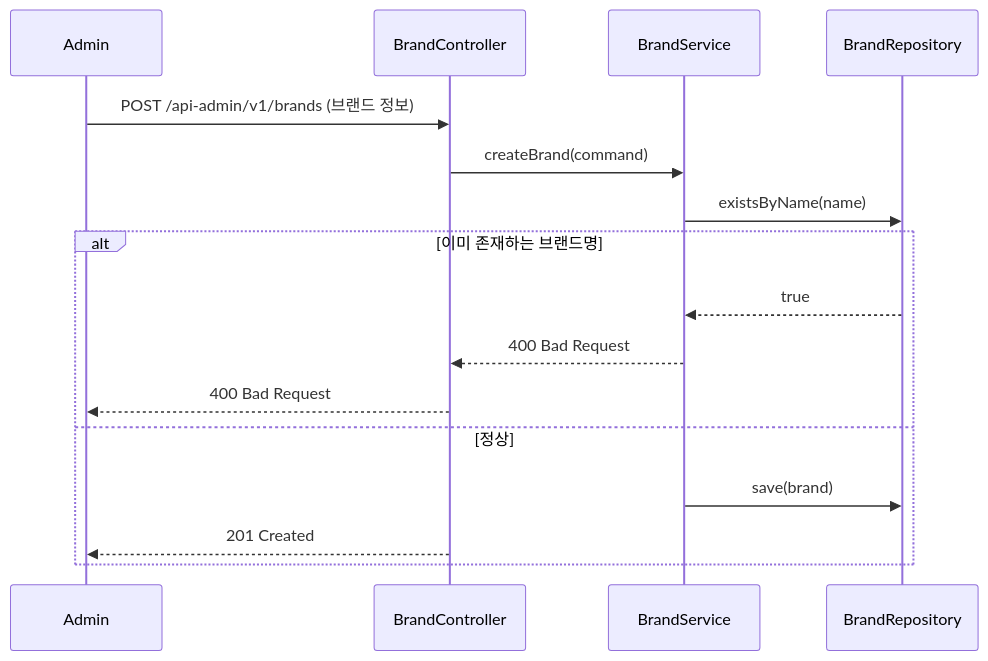
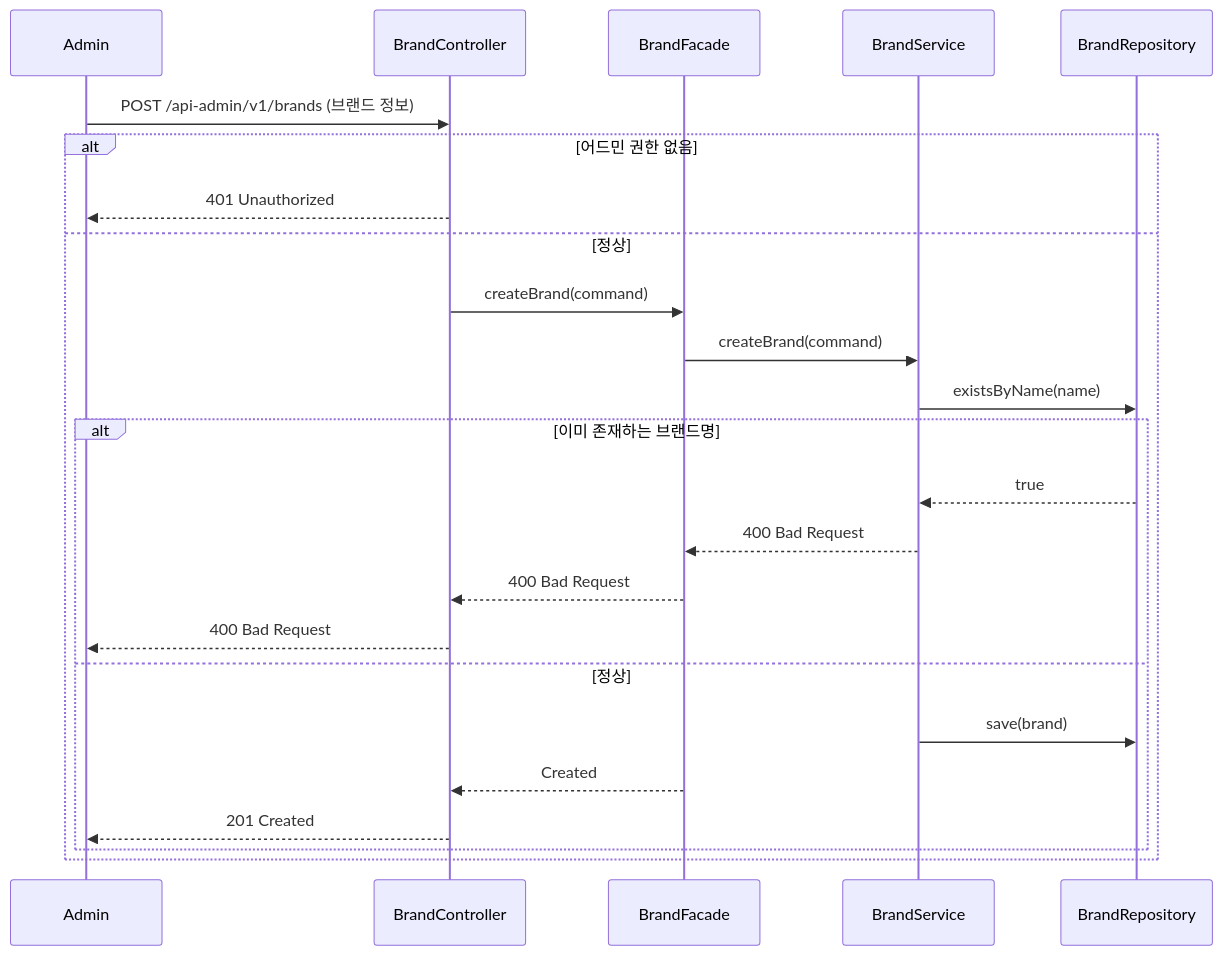
Before and after one commit to loopers-labs/loop-pack-be-l2-vol4-java: the eighth of 33 diagrams in .docs/design/sequence-diagrams.md, drawn with Mermaid. The commit also changed other lines of this file, not shown here.

Commit message:
fix: 시퀀스 다이어그램 파사드 추가

````diff
--- a/.docs/design/sequence-diagrams.md
+++ b/.docs/design/sequence-diagrams.md
@@ -181,20 +195,27 @@
 ```mermaid
 sequenceDiagram
     participant Admin
     participant BrandController
+    participant BrandFacade
     participant BrandService
     participant BrandRepository
 
     Admin->>BrandController: POST /api-admin/v1/brands (브랜드 정보)
-    BrandController->>BrandService: createBrand(command)
-    BrandService->>BrandRepository: existsByName(name)
-
-    alt 이미 존재하는 브랜드명
-        BrandRepository-->>BrandService: true
-        BrandService-->>BrandController: 400 Bad Request
-        BrandController-->>Admin: 400 Bad Request
+    alt 어드민 권한 없음
+        BrandController-->>Admin: 401 Unauthorized
     else 정상
-        BrandService->>BrandRepository: save(brand)
-        BrandController-->>Admin: 201 Created
+        BrandController->>BrandFacade: createBrand(command)
+        BrandFacade->>BrandService: createBrand(command)
+        BrandService->>BrandRepository: existsByName(name)
+        alt 이미 존재하는 브랜드명
+            BrandRepository-->>BrandService: true
+            BrandService-->>BrandFacade: 400 Bad Request
+            BrandFacade-->>BrandController: 400 Bad Request
+            BrandController-->>Admin: 400 Bad Request
+        else 정상
+            BrandService->>BrandRepository: save(brand)
+            BrandFacade-->>BrandController: Created
+            BrandController-->>Admin: 201 Created
+        end
     end
 ```
````
